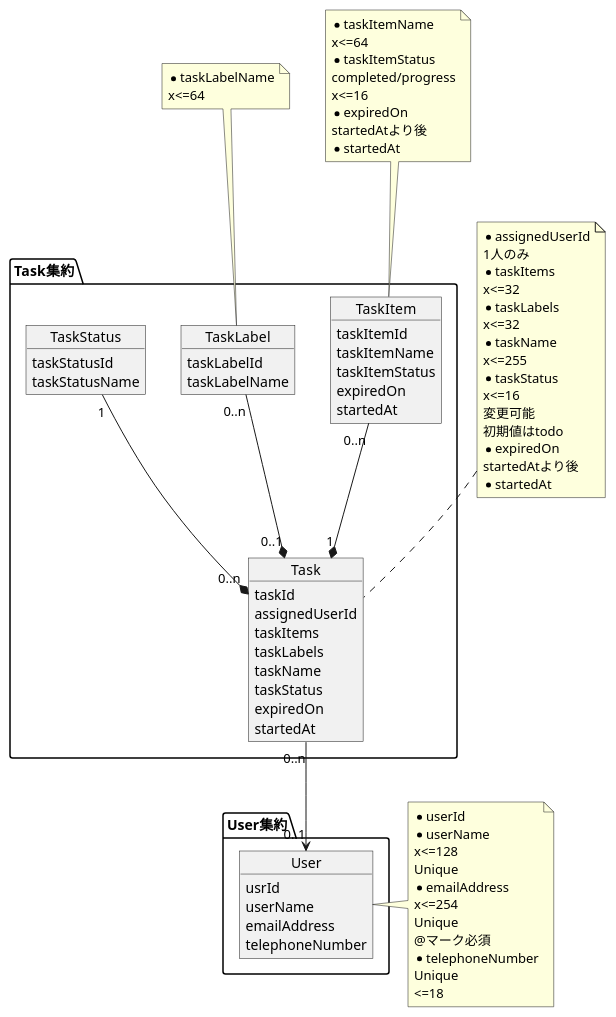
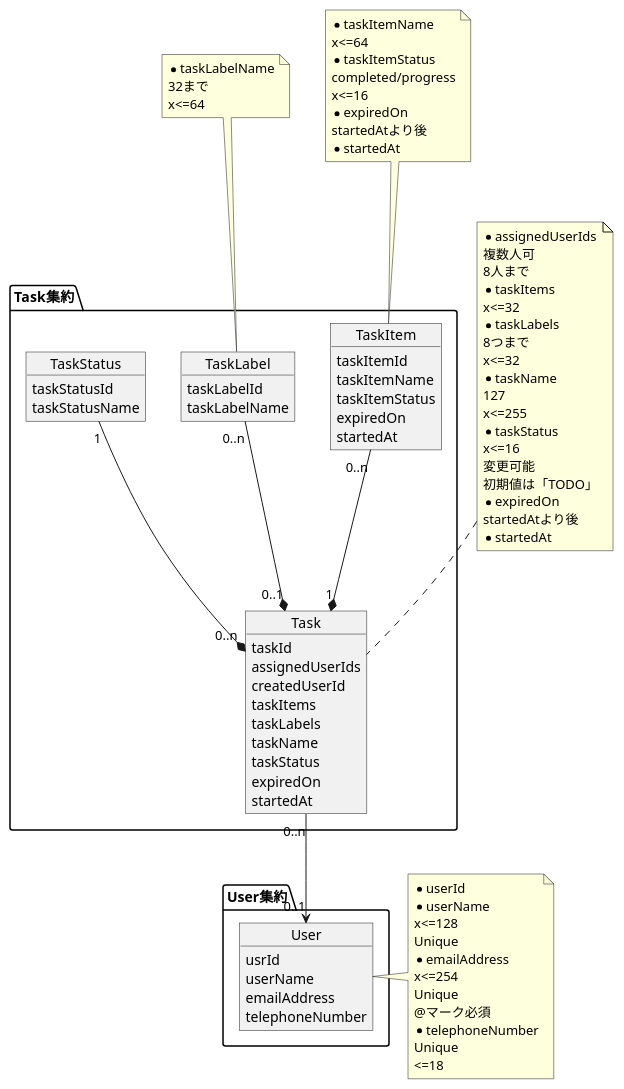
The diagram in doc/domain-model.pu (akima1001/task-management), drawn with PlantUML before and after one commit. The commit also changed 1 other file, not shown here.

```diff
--- a/doc/domain-model.pu
+++ b/doc/domain-model.pu
@@ -1,89 +1,94 @@
 @startuml domain-model
 
 package Task集約 {
     object Task {
         taskId
-        assignedUserId
+        assignedUserIds
+        createdUserId
         taskItems
         taskLabels
         taskName
         taskStatus
         expiredOn
         startedAt
     }
     object TaskItem {
         taskItemId 
         taskItemName
         taskItemStatus
         expiredOn
         startedAt
     }
     object TaskLabel {
         taskLabelId
         taskLabelName
     }
     object TaskStatus {
         taskStatusId
         taskStatusName
     }
 }
 package User集約 {
     object User {
         usrId
         userName
         emailAddress
         telephoneNumber
     }
 }
 
 note top of Task
-    * assignedUserId
-    1人のみ
+    * assignedUserIds
+    複数人可
+    8人まで
     * taskItems
     x<=32
     * taskLabels
+    8つまで
     x<=32
     * taskName
+    127
     x<=255
     * taskStatus
     x<=16
     変更可能
-    初期値はtodo
+    初期値は「TODO」
     * expiredOn
     startedAtより後
     * startedAt
 end note
 note right of User
     * userId
     * userName
     x<=128
     Unique
     * emailAddress
     x<=254
     Unique
     @マーク必須
     * telephoneNumber
     Unique
     <=18
 end note
 note top of TaskLabel
     * taskLabelName
+    32まで
     x<=64
 end note
 note top of TaskItem
     * taskItemName
     x<=64
     * taskItemStatus
     completed/progress
     x<=16
     * expiredOn
     startedAtより後
     * startedAt
 end note
 
 Task "0..n" --> "0..1" User
 TaskItem "0..n" --* "1" Task
 TaskLabel "0..n" --* "0..1" Task
 TaskStatus "1" --* "0..n" Task
 
 @enduml
```
